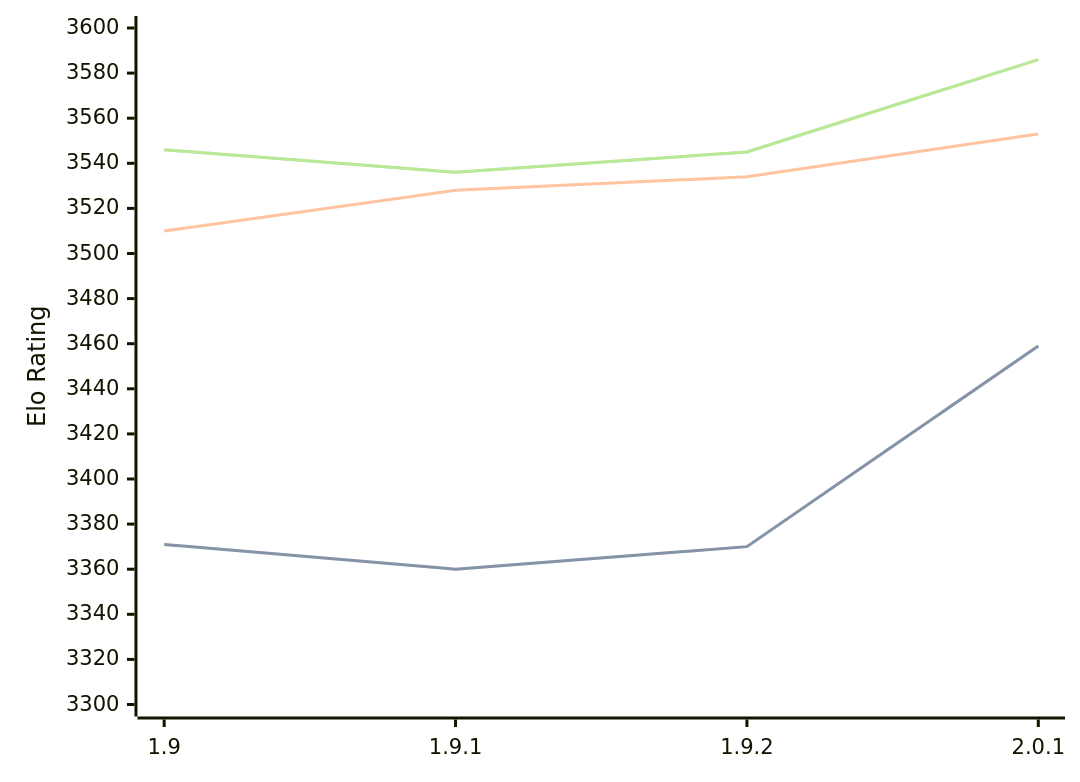
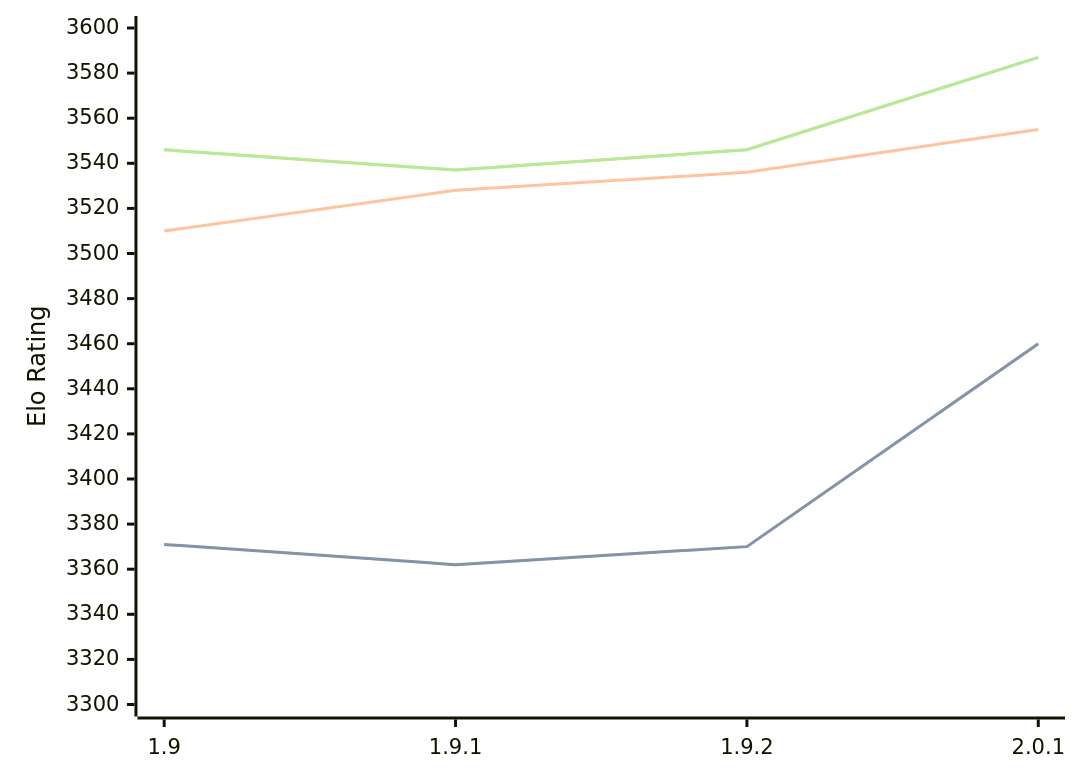
The diagram in engines/Pawnocchio.md (computer-chess-index/cci), drawn with Mermaid before and after one commit. The commit also changed other lines of this file, not shown here.

Commit message:
Update CCI Ratings (ELO VLTC) - 2026-08-21

````diff
--- a/engines/Pawnocchio.md
+++ b/engines/Pawnocchio.md
@@ -36,11 +36,11 @@
 ```mermaid
 %%{init: {"theme":"base","themeVariables":{"seriesColors:['#a3a3a3','#222221','#faa371']}}}%%
 xychart-beta
   x-axis ["1.9", "1.9.1", "1.9.2", "2.0.1"]
   y-axis "Elo Rating" 3300 --> 3600
-  line "STC (8.0+0.08s)" [3371, 3360, 3370, 3459]
-  line "STC (8.0+0.08s)" [3371, 3360, 3370, 3459]
-  line "LTC (60.0+0.60s)" [3510, 3528, 3534, 3553]
-  line "VLTC (2m24s+1.12s)" [3546, 3536, 3545, 3586]
-  line "VLTC (2m24s+1.12s)" [3546, 3536, 3545, 3586]
+  line "STC (8.0+0.08s)" [3371, 3362, 3370, 3460]
+  line "STC (8.0+0.08s)" [3371, 3362, 3370, 3460]
+  line "LTC (60.0+0.60s)" [3510, 3528, 3536, 3555]
+  line "VLTC (2m24s+1.12s)" [3546, 3537, 3546, 3587]
+  line "VLTC (2m24s+1.12s)" [3546, 3537, 3546, 3587]
 ```
````
